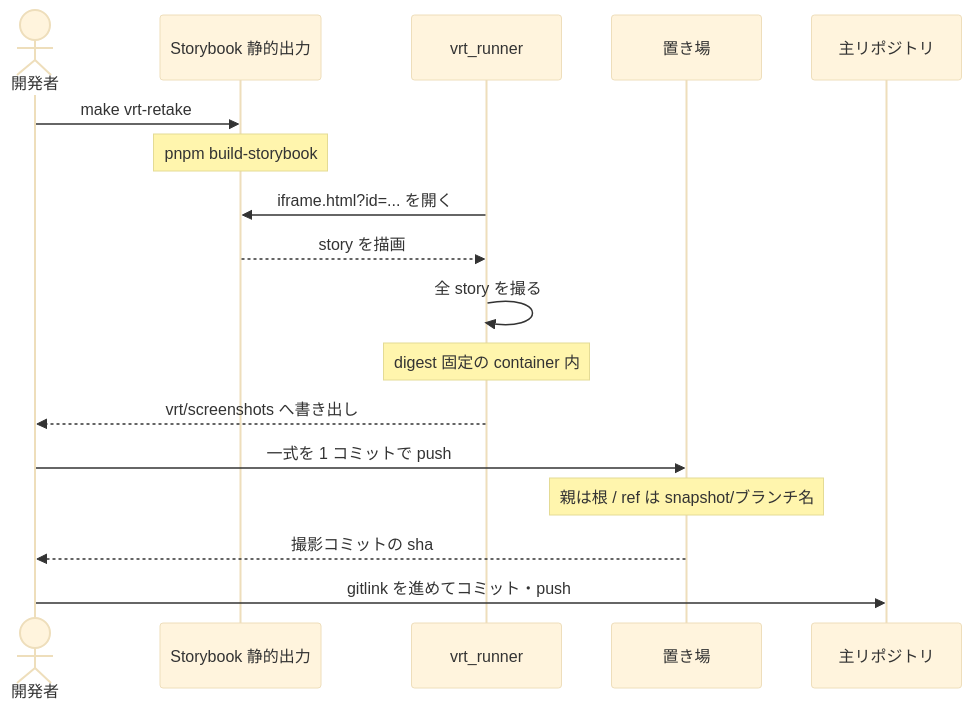
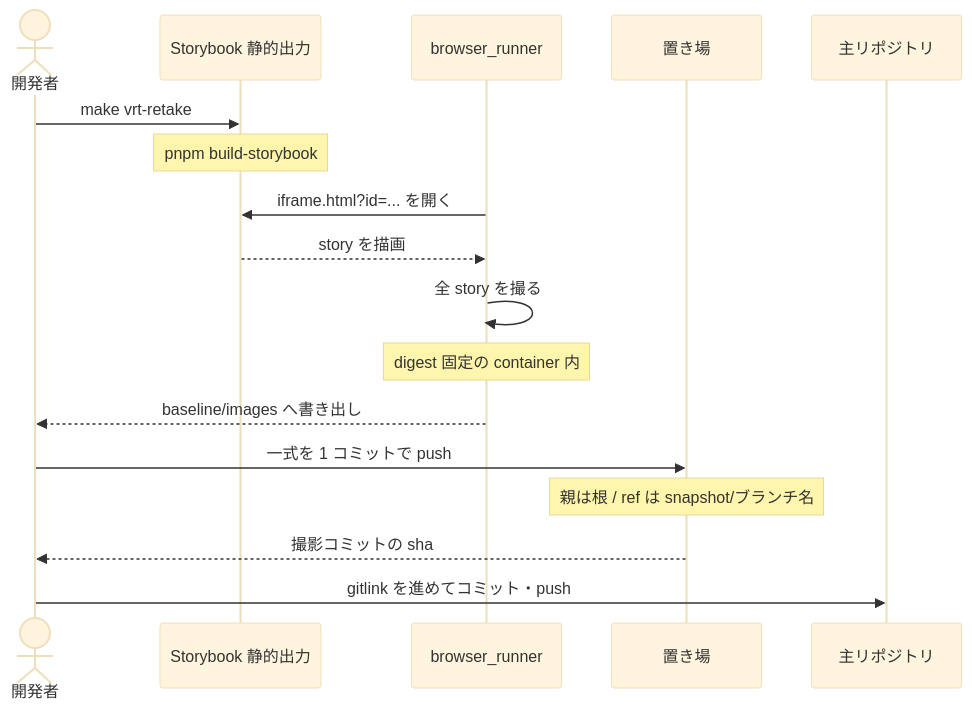
The first of 2 diagrams in docs/design/vrt.md (Tomy-ch/nextjs-boilerplate), drawn with Mermaid (base theme) before and after one commit. The commit also changed other lines of this file and 58 other files, not shown here.

````diff
--- a/docs/design/vrt.md
+++ b/docs/design/vrt.md
@@ -40,20 +40,20 @@
 ```mermaid
 sequenceDiagram
     actor dev as 開発者
     participant sb as Storybook 静的出力
-    participant runner as vrt_runner
+    participant runner as browser_runner
     participant store as 置き場
     participant main as 主リポジトリ
 
     dev->>sb: make vrt-retake
     Note over sb: pnpm build-storybook
     runner->>sb: iframe.html?id=... を開く
     sb-->>runner: story を描画
     runner->>runner: 全 story を撮る
     Note over runner: digest 固定の container 内
-    runner-->>dev: vrt/screenshots へ書き出し
+    runner-->>dev: baseline/images へ書き出し
     dev->>store: 一式を 1 コミットで push
     Note over store: 親は根 / ref は snapshot/ブランチ名
     store-->>dev: 撮影コミットの sha
     dev->>main: gitlink を進めてコミット・push
 ```
````
